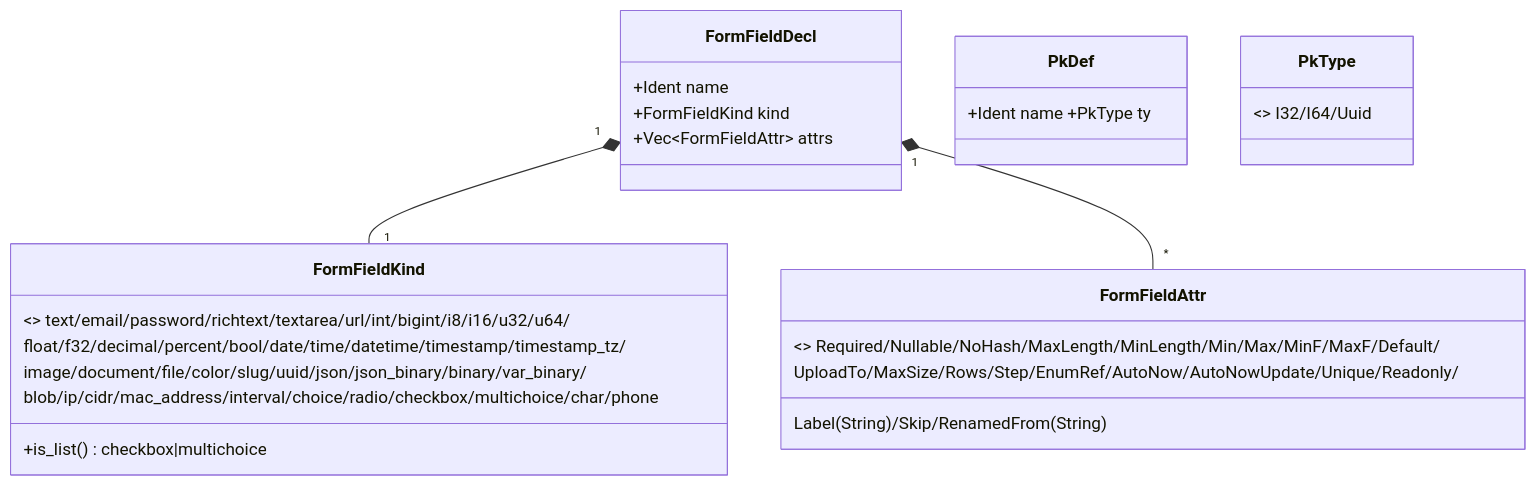
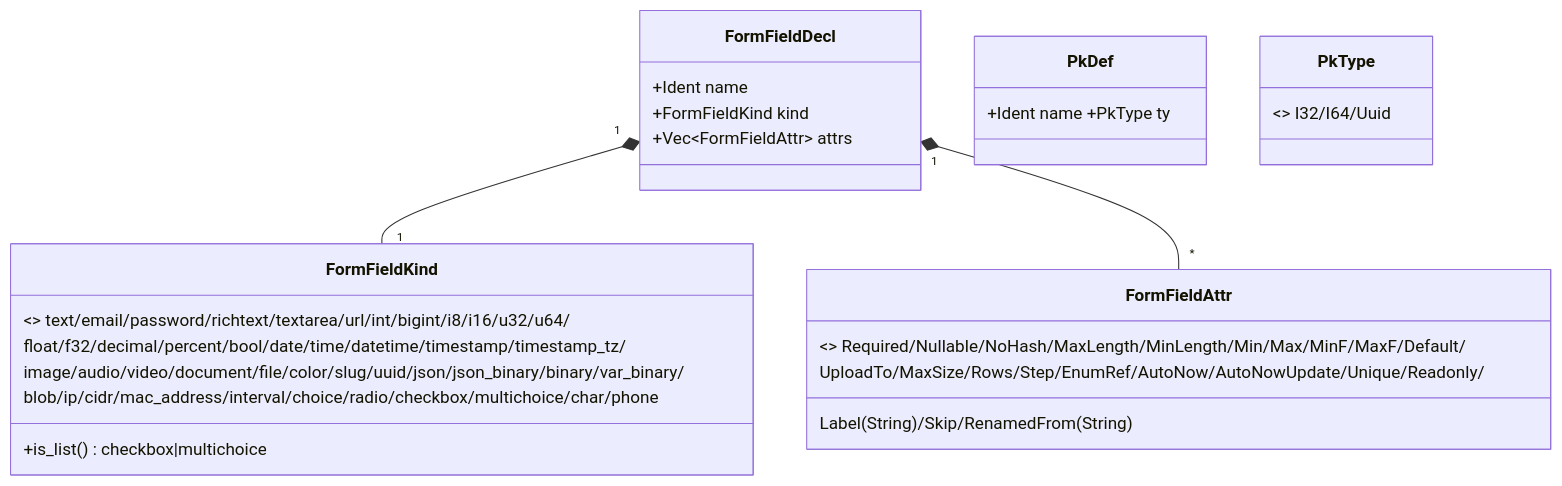
Before and after one commit to seb-alliot/runique: the first of 3 diagrams in diagramme/uml/derive_form/proc-macro.md, drawn with Mermaid. The commit also changed other lines of this file and 56 other files, not shown here.

````diff
--- a/diagramme/uml/derive_form/proc-macro.md
+++ b/diagramme/uml/derive_form/proc-macro.md
@@ -19,24 +19,24 @@
 ```mermaid
 classDiagram
     class FormFieldDecl {
         +Ident name
         +FormFieldKind kind
         +Vec~FormFieldAttr~ attrs
     }
     class FormFieldKind {
         <<enum>> text/email/password/richtext/textarea/url/int/bigint/i8/i16/u32/u64/
         float/f32/decimal/percent/bool/date/time/datetime/timestamp/timestamp_tz/
-        image/document/file/color/slug/uuid/json/json_binary/binary/var_binary/
+        image/audio/video/document/file/color/slug/uuid/json/json_binary/binary/var_binary/
         blob/ip/cidr/mac_address/interval/choice/radio/checkbox/multichoice/char/phone
         +is_list() checkbox|multichoice
     }
     class FormFieldAttr {
         <<enum>> Required/Nullable/NoHash/MaxLength/MinLength/Min/Max/MinF/MaxF/Default/
         UploadTo/MaxSize/Rows/Step/EnumRef/AutoNow/AutoNowUpdate/Unique/Readonly/
         Label(String)/Skip/RenamedFrom(String)
     }
     class PkDef { +Ident name +PkType ty }
     class PkType { <<enum>> I32/I64/Uuid }
     FormFieldDecl "1" *-- "1" FormFieldKind
     FormFieldDecl "1" *-- "*" FormFieldAttr
 ```
````
